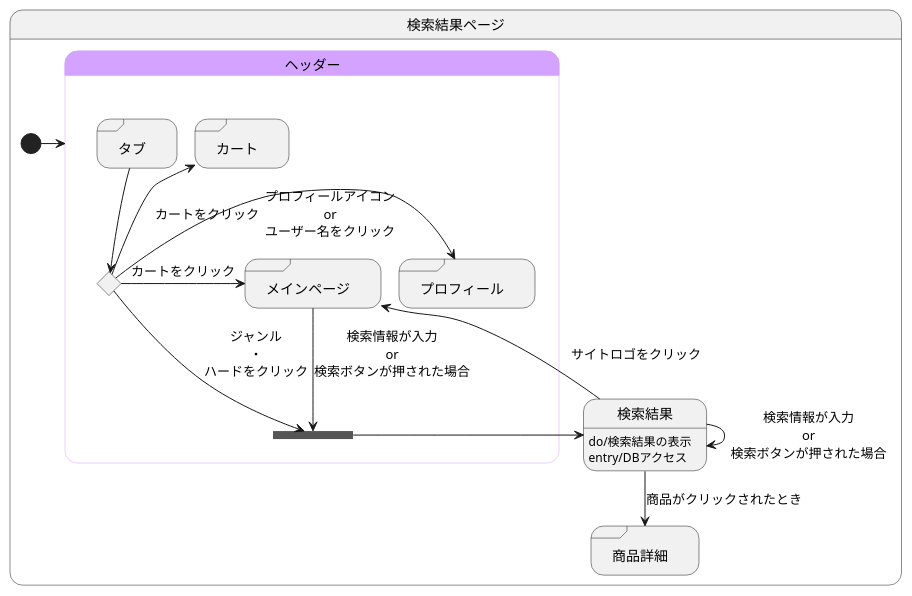
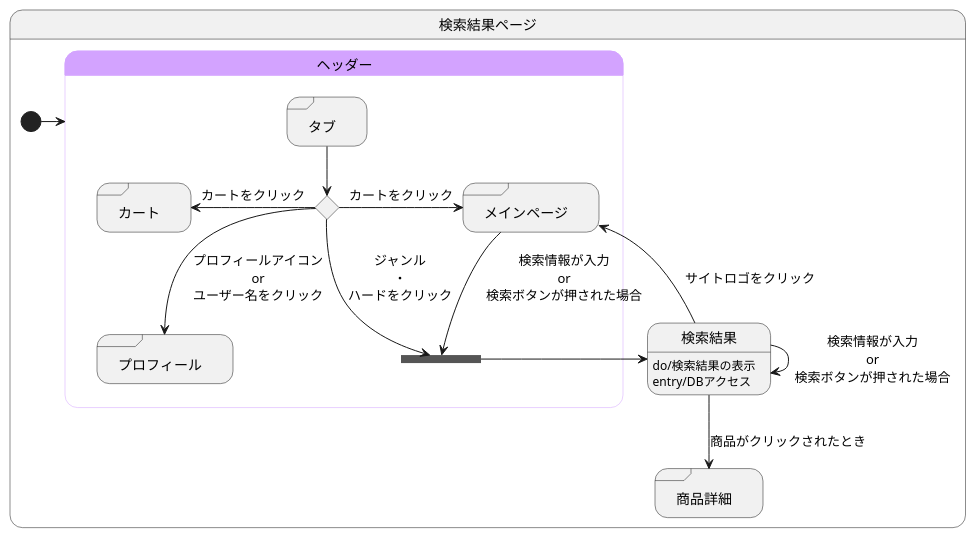
One commit to akutori/T-D-E changed the diagram in 検索結果.md. Above: the diagram before and after it, drawn with PlantUML.

Commit message:
位置の再修正

````diff
--- a/検索結果.md
+++ b/検索結果.md
@@ -1,43 +1,43 @@
 ```uml
 @startuml
 state 検索結果ページ{
 
 
     state 検索結果:do/検索結果の表示
     state 検索結果:entry/DBアクセス
     state "商品詳細" as goodsdetail <<sdlreceive>>
     
 
 
     [*] -> ヘッダー
     
     検索結果 --> goodsdetail :商品がクリックされたとき
     検索結果 --> 検索結果 :検索情報が入力\nor\n検索ボタンが押された場合
     
 
     state ヘッダー<<headder>>{
         state join_header <<join>>
         state ifinput <<choice>>
         state "タブ" as tab <<sdlreceive>>
         state "カート" as cart <<sdlreceive>>
         state "プロフィール" as profile <<sdlreceive>>
         state "メインページ" as mainpage <<sdlreceive>>
 
         tab --> ifinput 
-        ifinput -up-> cart :カートをクリック
-        ifinput -> profile :プロフィールアイコン\nor\nユーザー名をクリック
+        ifinput -left-> cart :カートをクリック
+        ifinput --> profile :プロフィールアイコン\nor\nユーザー名をクリック
         ifinput -> mainpage :カートをクリック
         ifinput --> join_header :ジャンル\n・\nハードをクリック
 
         mainpage --> join_header :検索情報が入力\nor\n検索ボタンが押された場合
         検索結果 --> mainpage :サイトロゴをクリック
         join_header -> 検索結果
     }
 
     skinparam stateBorderColor<<headder>> #d3a3ff
     state ヘッダー #d3a3ff
 
 }
 
 @enduml
 ```
````
